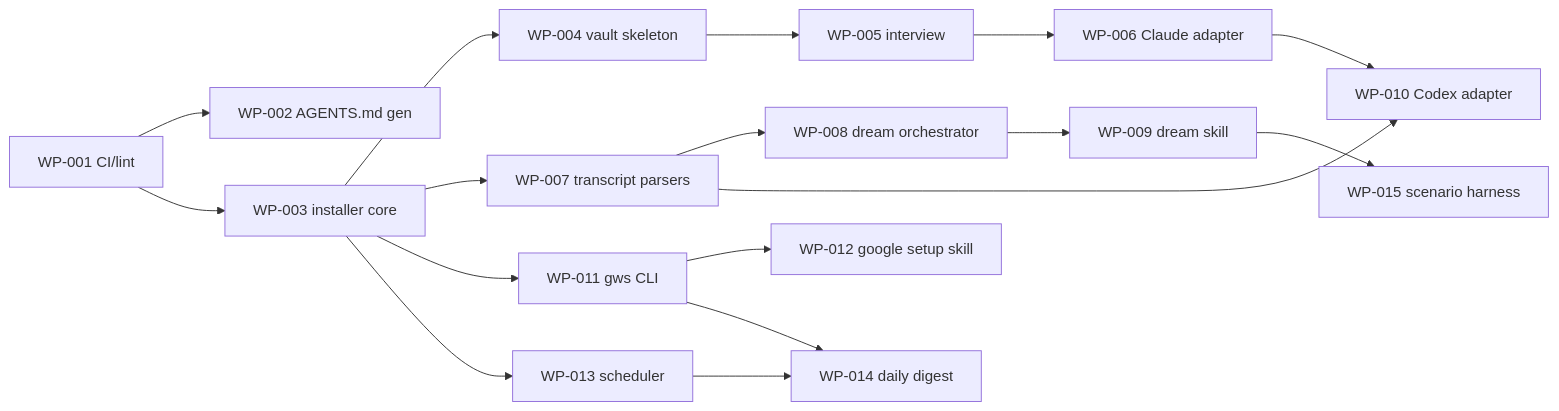
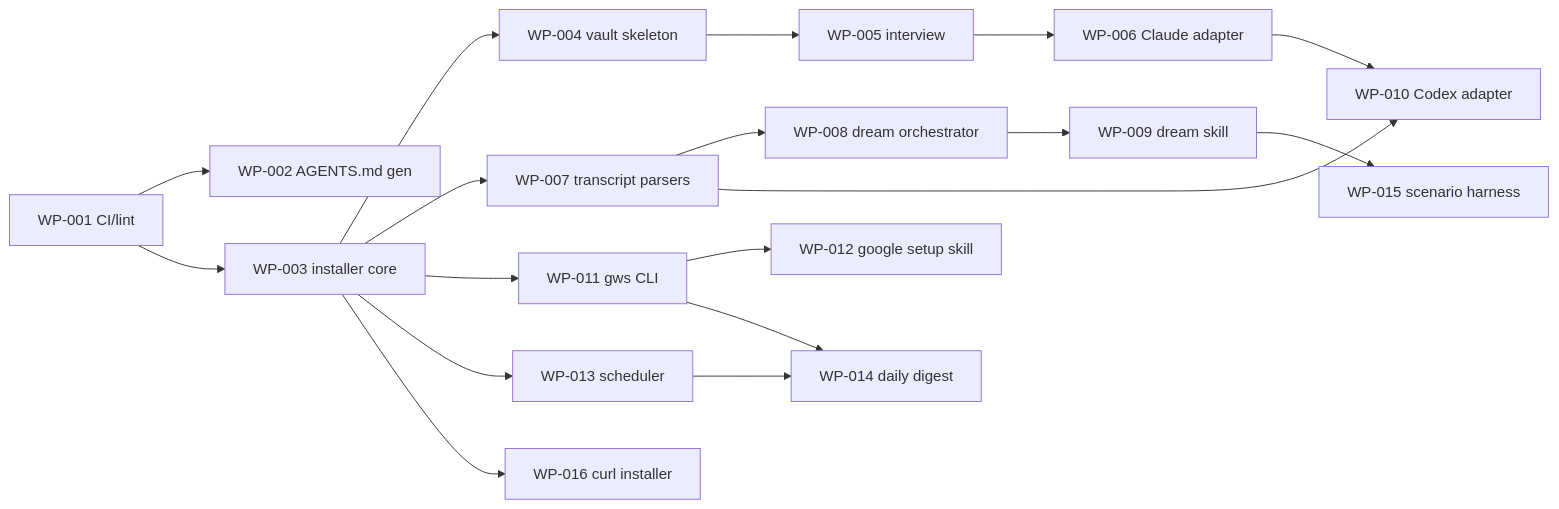
The diagram in docs/specs/ROADMAP.md (wienerdog-ai/wienerdog), drawn with Mermaid before and after one commit. The commit also changed other lines of this file and 9 other files, not shown here.

````diff
--- a/docs/specs/ROADMAP.md
+++ b/docs/specs/ROADMAP.md
@@ -40,19 +41,20 @@
 ```mermaid
 graph LR
   WP001[WP-001 CI/lint] --> WP002[WP-002 AGENTS.md gen]
   WP001 --> WP003[WP-003 installer core]
   WP003 --> WP004[WP-004 vault skeleton]
   WP004 --> WP005[WP-005 interview]
   WP005 --> WP006[WP-006 Claude adapter]
   WP003 --> WP007[WP-007 transcript parsers]
   WP007 --> WP008[WP-008 dream orchestrator]
   WP008 --> WP009[WP-009 dream skill]
   WP006 --> WP010[WP-010 Codex adapter]
   WP007 --> WP010
   WP003 --> WP011[WP-011 gws CLI]
   WP011 --> WP012[WP-012 google setup skill]
   WP003 --> WP013[WP-013 scheduler]
   WP011 --> WP014[WP-014 daily digest]
   WP013 --> WP014
   WP009 --> WP015[WP-015 scenario harness]
+  WP003 --> WP016[WP-016 curl installer]
 ```
````
